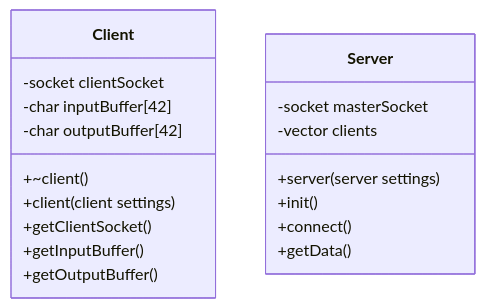
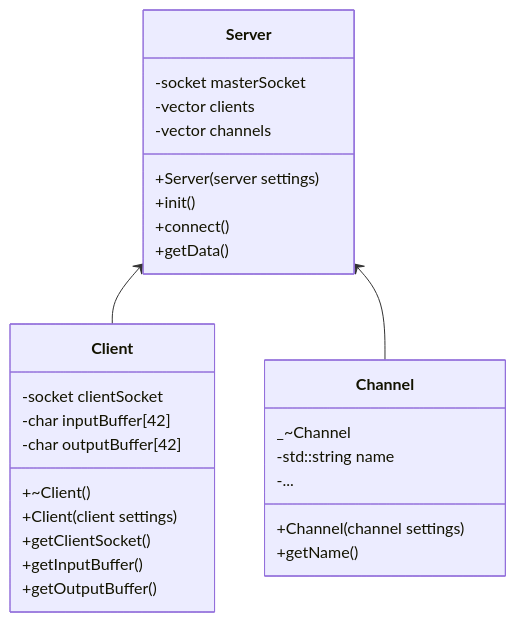
The second of 2 diagrams in Readme.md (simon-ameye/42-ft_irc), drawn with Mermaid before and after one commit. The commit also changed other lines of this file, not shown here.

````diff
--- a/Readme.md
+++ b/Readme.md
@@ -56,22 +56,34 @@
 ```mermaid
 classDiagram
+    class Server{
+        +Server(server settings)
+        -socket masterSocket
+        -vector<Client> clients
+		-vector<Channel> channels
+        +init()
+        +connect()
+        +getData()
+    }
+
     class Client{
-        +~client()
-        +client(client settings)
+        +~Client()
+        +Client(client settings)
         +getClientSocket()
         +getInputBuffer()
         +getOutputBuffer()
         -socket clientSocket
         -char inputBuffer[42]
         -char outputBuffer[42]
     }
 
-    class Server{
-        +server(server settings)
-        -socket masterSocket
-        -vector<client> clients
-        +init()
-        +connect()
-        +getData()
+    class Channel{
+		+Channel(channel settings)
+		_~Channel
+		-std::string name
+		+getName()
+		-...
     }
+
+Server <-- Client
+Server <-- Channel
 ```
````
